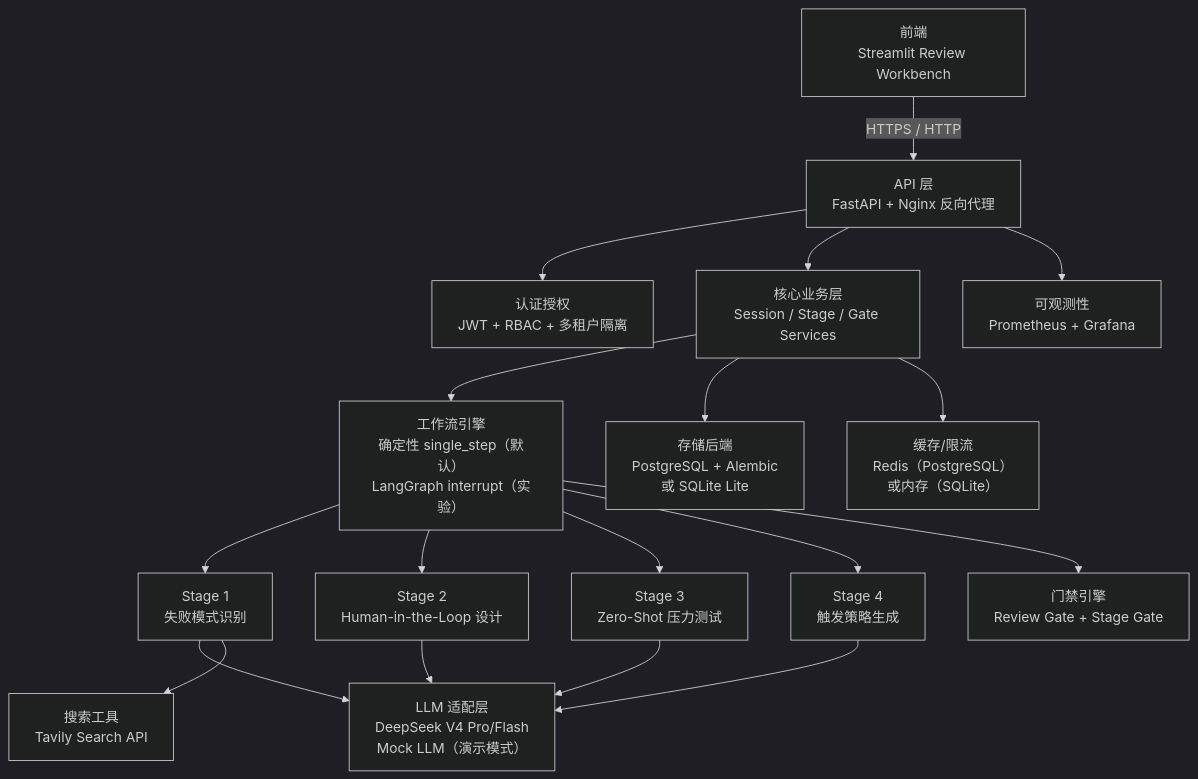
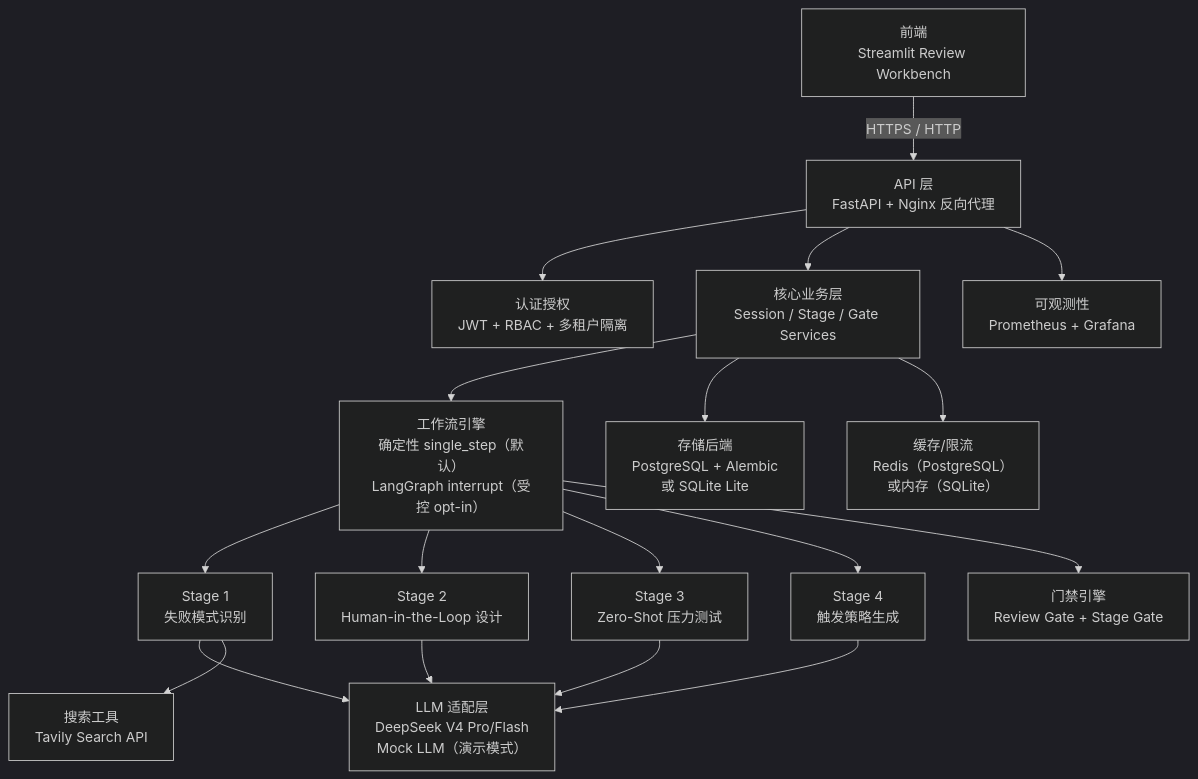
The first of 2 diagrams in docs/spec/architecture.md (gome09/ai-workflow-premortem-pure), drawn with Mermaid (dark theme) before and after one commit. The commit also changed other lines of this file and 103 other files, not shown here.

````diff
--- a/docs/spec/architecture.md
+++ b/docs/spec/architecture.md
@@ -11,31 +11,31 @@
 ```mermaid
 graph TD
     FE["前端<br/>Streamlit Review Workbench"]
     API["API 层<br/>FastAPI + Nginx 反向代理"]
     Auth["认证授权<br/>JWT + RBAC + 多租户隔离"]
     Core["核心业务层<br/>Session / Stage / Gate Services"]
-    Graph["工作流引擎<br/>确定性 single_step（默认）<br/>LangGraph interrupt（实验）"]
+    Graph["工作流引擎<br/>确定性 single_step（默认）<br/>LangGraph interrupt（受控 opt-in）"]
     S1["Stage 1<br/>失败模式识别"]
     S2["Stage 2<br/>Human-in-the-Loop 设计"]
     S3["Stage 3<br/>Zero-Shot 压力测试"]
     S4["Stage 4<br/>触发策略生成"]
     Gate["门禁引擎<br/>Review Gate + Stage Gate"]
     LLM["LLM 适配层<br/>DeepSeek V4 Pro/Flash<br/>Mock LLM（演示模式）"]
     Search["搜索工具<br/>Tavily Search API"]
     DB["存储后端<br/>PostgreSQL + Alembic<br/>或 SQLite Lite"]
     Cache["缓存/限流<br/>Redis（PostgreSQL）<br/>或内存（SQLite）"]
     Monitor["可观测性<br/>Prometheus + Grafana"]
 
     FE -->|HTTPS / HTTP| API
     API --> Auth
     API --> Core
     Core --> Graph
     Graph --> S1 & S2 & S3 & S4
     S1 & S3 --> LLM
     S2 & S4 --> LLM
     S1 --> Search
     Graph --> Gate
     Core --> DB
     Core --> Cache
     API --> Monitor
 ```
````
